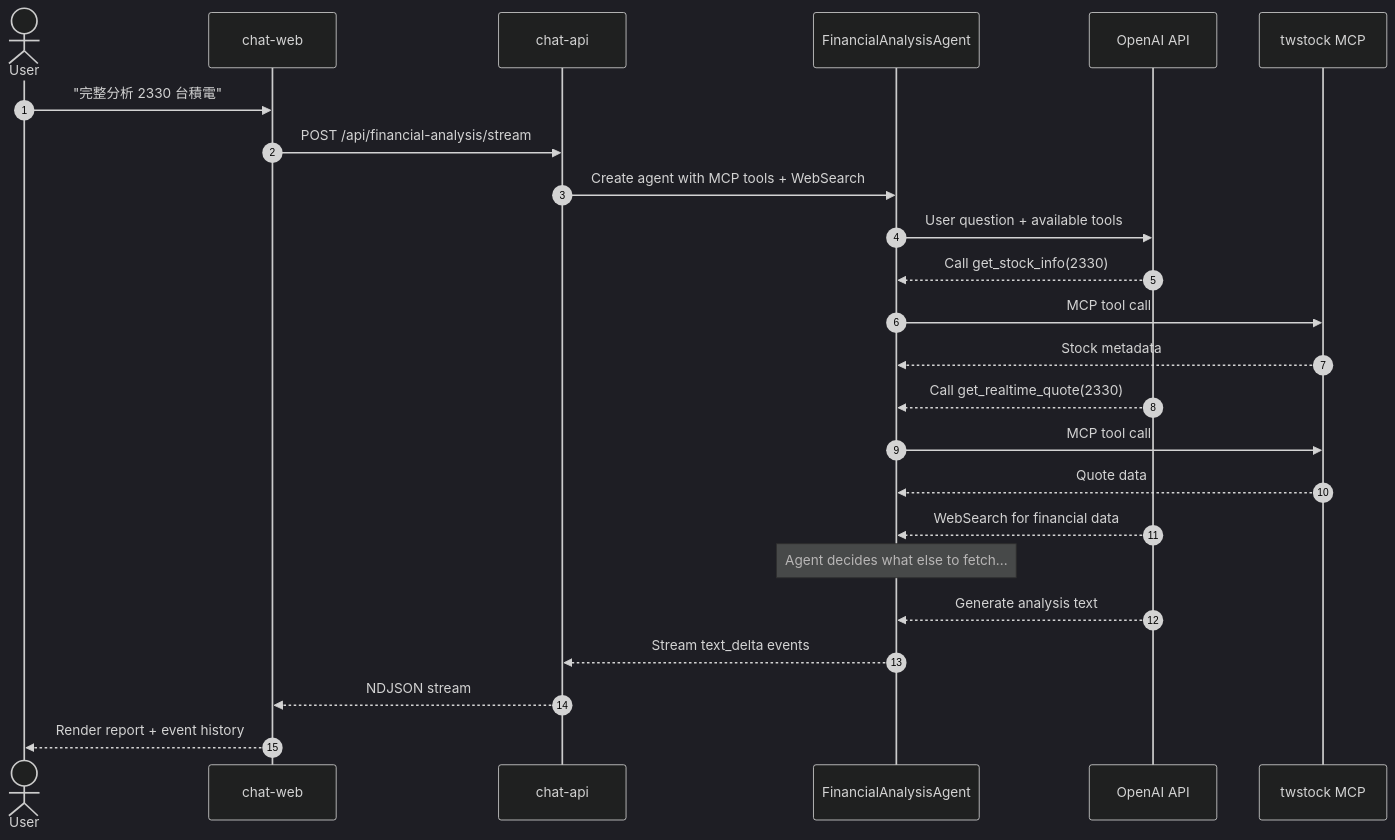
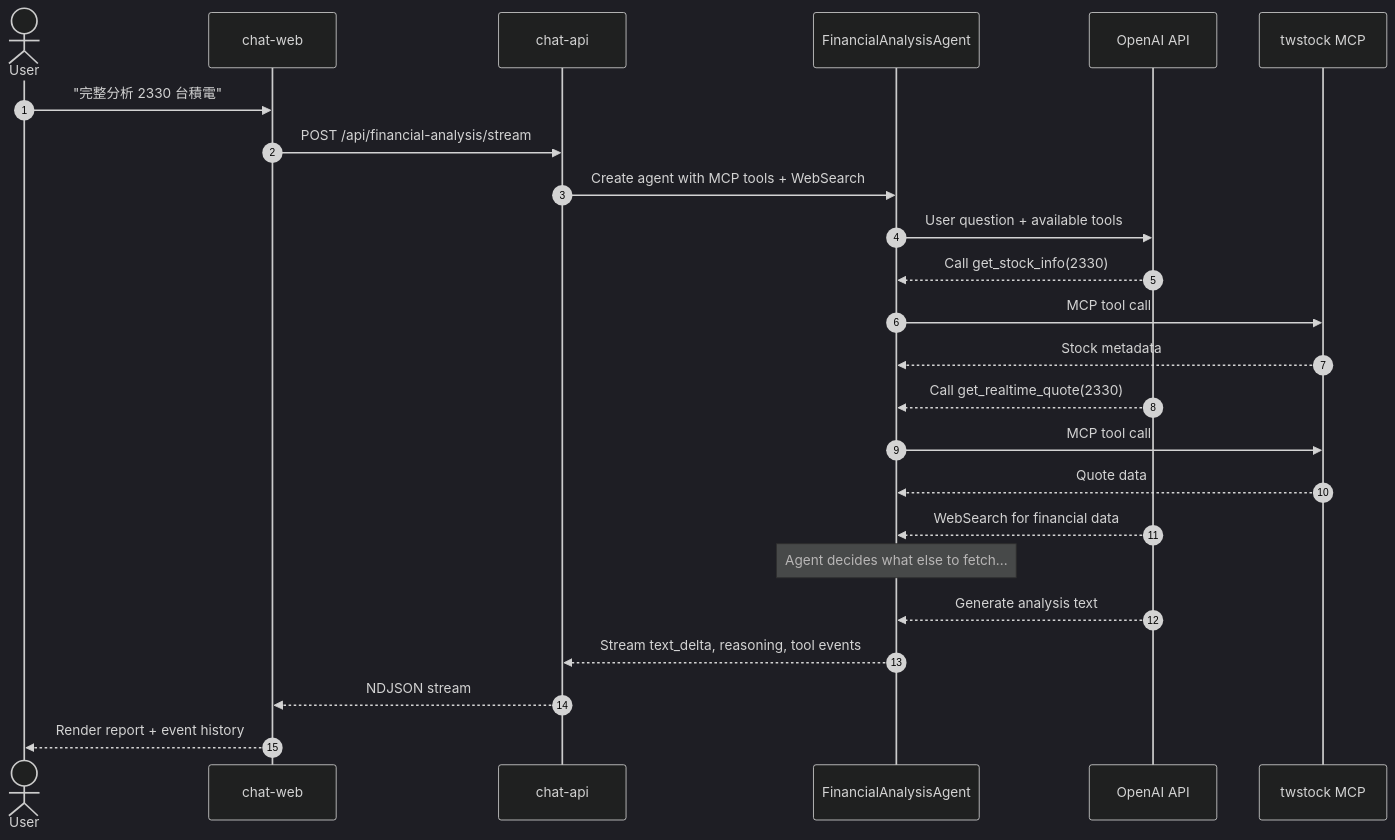
The third of 5 diagrams in docs/CURRENT_ARCHITECTURE.md (CJsGit-tech/TWStock-Agents), drawn with Mermaid (dark theme) before and after one commit. The commit also changed other lines of this file and 19 other files, not shown here.

````diff
--- a/docs/CURRENT_ARCHITECTURE.md
+++ b/docs/CURRENT_ARCHITECTURE.md
@@ -67,27 +117,27 @@
 ```mermaid
 sequenceDiagram
     autonumber
     actor U as User
     participant W as chat-web
     participant A as chat-api
     participant FA as FinancialAnalysisAgent
     participant O as OpenAI API
     participant T as twstock MCP
 
     U->>W: "完整分析 2330 台積電"
     W->>A: POST /api/financial-analysis/stream
     A->>FA: Create agent with MCP tools + WebSearch
     FA->>O: User question + available tools
     O-->>FA: Call get_stock_info(2330)
     FA->>T: MCP tool call
     T-->>FA: Stock metadata
     O-->>FA: Call get_realtime_quote(2330)
     FA->>T: MCP tool call
     T-->>FA: Quote data
     O-->>FA: WebSearch for financial data
     Note over FA: Agent decides what else to fetch...
     O-->>FA: Generate analysis text
-    FA-->>A: Stream text_delta events
+    FA-->>A: Stream text_delta, reasoning, tool events
     A-->>W: NDJSON stream
     W-->>U: Render report + event history
 ```
````
